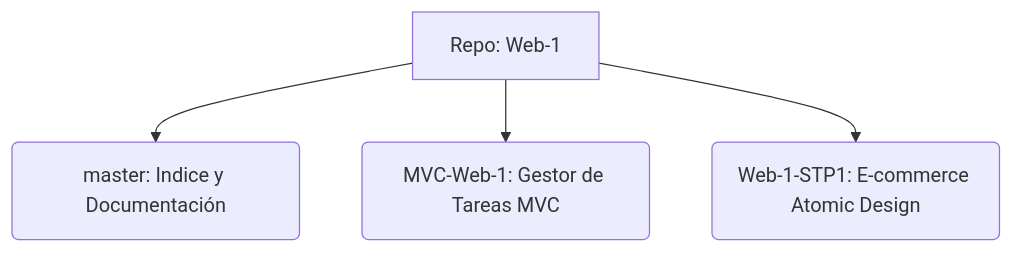
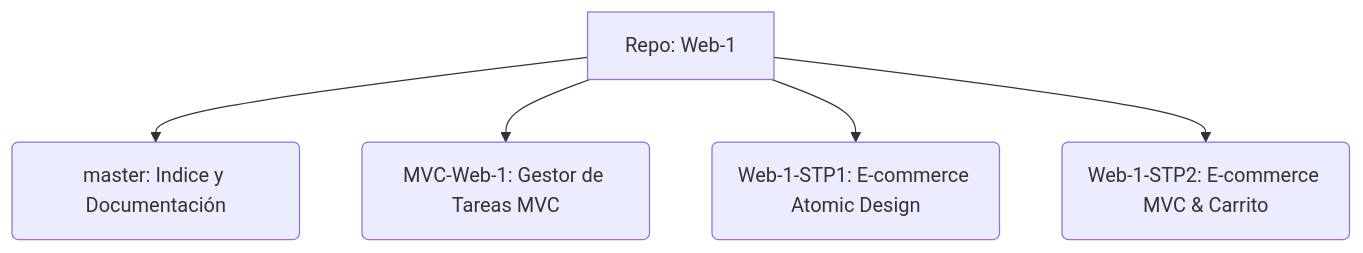
Before and after one commit to Niquinhoo/Web-1: the diagram in README.md, drawn with Mermaid. The commit also changed other lines of this file, not shown here.

Commit message:
docs: update master index with STP2 information

````diff
--- a/README.md
+++ b/README.md
@@ -7,6 +7,7 @@
 ```mermaid
 graph TD
     A[Repo: Web-1] --> B(master: Indice y Documentación)
     A --> C(MVC-Web-1: Gestor de Tareas MVC)
     A --> D(Web-1-STP1: E-commerce Atomic Design)
+    A --> E(Web-1-STP2: E-commerce MVC & Carrito)
 ```
````
